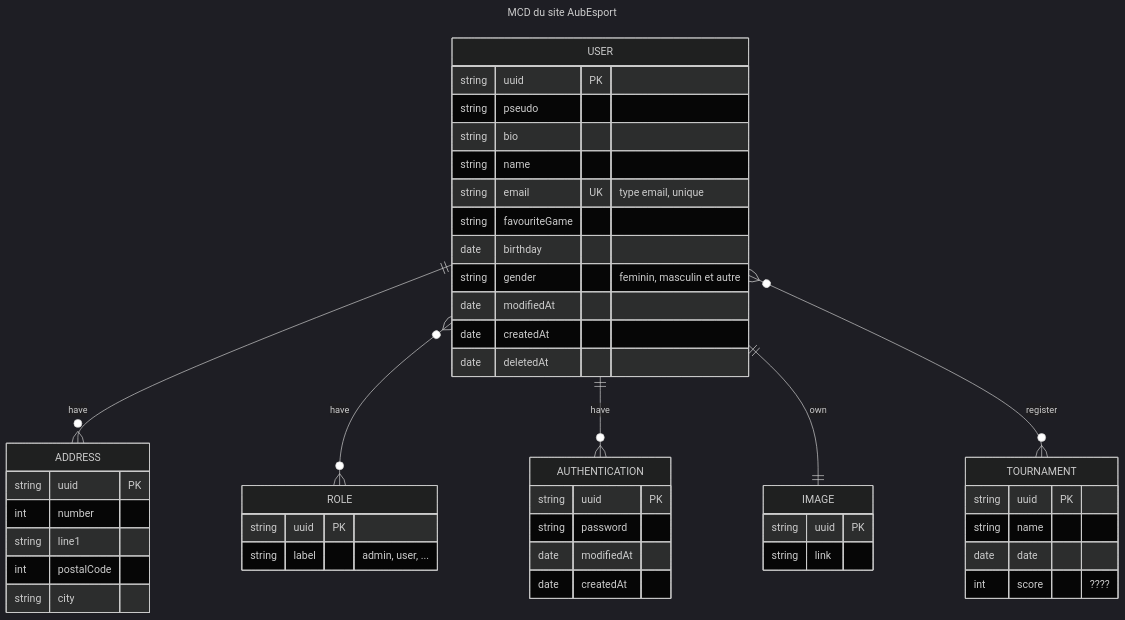
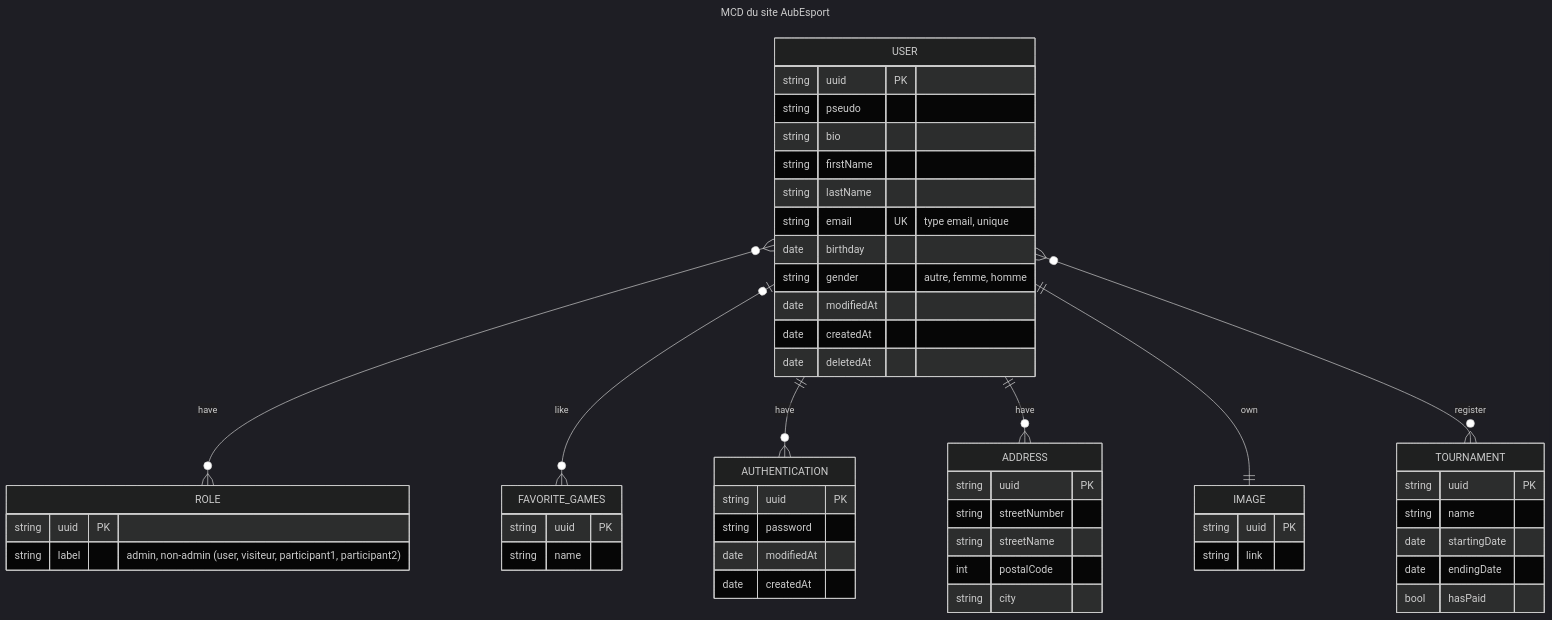
Before and after one commit to HueKhuc/Aubesport: the diagram in MCD.md, drawn with Mermaid (dark theme). The commit also changed 12 other files, not shown here.

````diff
--- a/MCD.md
+++ b/MCD.md
@@ -1,63 +1,67 @@
 ```mermaid
 ---
 title: MCD du site AubEsport
 ---
 erDiagram
-    USER ||--o{ ADDRESS : have
-    
-    USER }o--o{ ROLE : have
-
-    ROLE {
-        string uuid PK
-        string label "admin, user, ..."
-    }
-
     USER {
         string uuid PK
         string pseudo
         string bio
-        string name
+        string firstName
+        string lastName
         string email UK "type email, unique"
-        string favouriteGame
         date birthday
-        string gender "feminin, masculin et autre"
+        string gender "autre, femme, homme"
         date modifiedAt
         date createdAt
         date deletedAt
+    }
+
+    USER }o--o{ ROLE : have
+    ROLE {
+        string uuid PK
+        string label "admin, non-admin (user, visiteur, participant1, participant2)"
+    }
+
+
+    USER |o--o{ FAVORITE_GAMES : like
+    FAVORITE_GAMES {
+        string uuid PK
+        string name
     }
     
     USER ||--o{ AUTHENTICATION : have
     AUTHENTICATION {
         string uuid PK
         string password
         date modifiedAt
         date createdAt
     }
 
+    USER ||--o{ ADDRESS : have
+    
     ADDRESS {
         string uuid PK
-        int number
-        string line1
+        string streetNumber
+        string streetName
         int postalCode
         string city
     }
 
     USER ||--|| IMAGE : own
     IMAGE {
         string uuid PK
         string link
     }
 
 
     USER }o--o{ TOURNAMENT : register
     TOURNAMENT {
         string uuid PK
         string name
-        date date
-        int score "????"
+        date startingDate
+        date endingDate
+        bool hasPaid   
     }
 
-
-
-    
 ```
````
